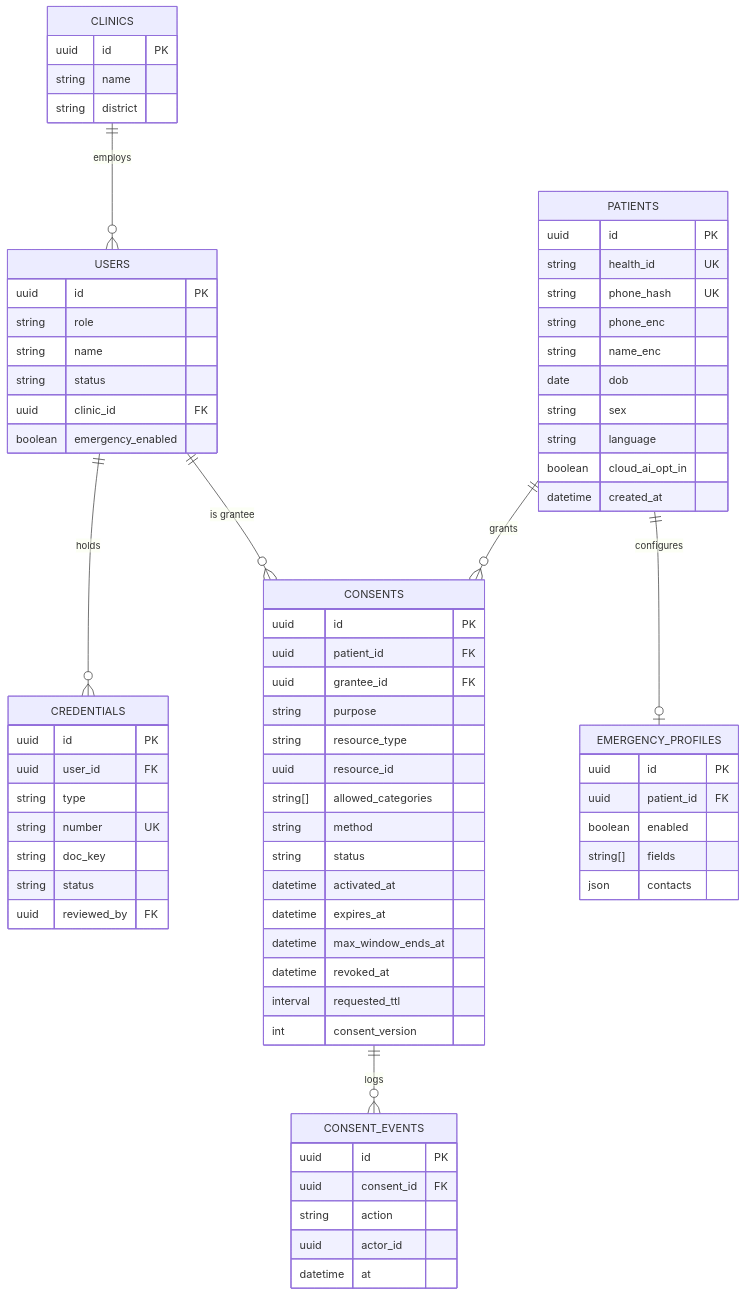
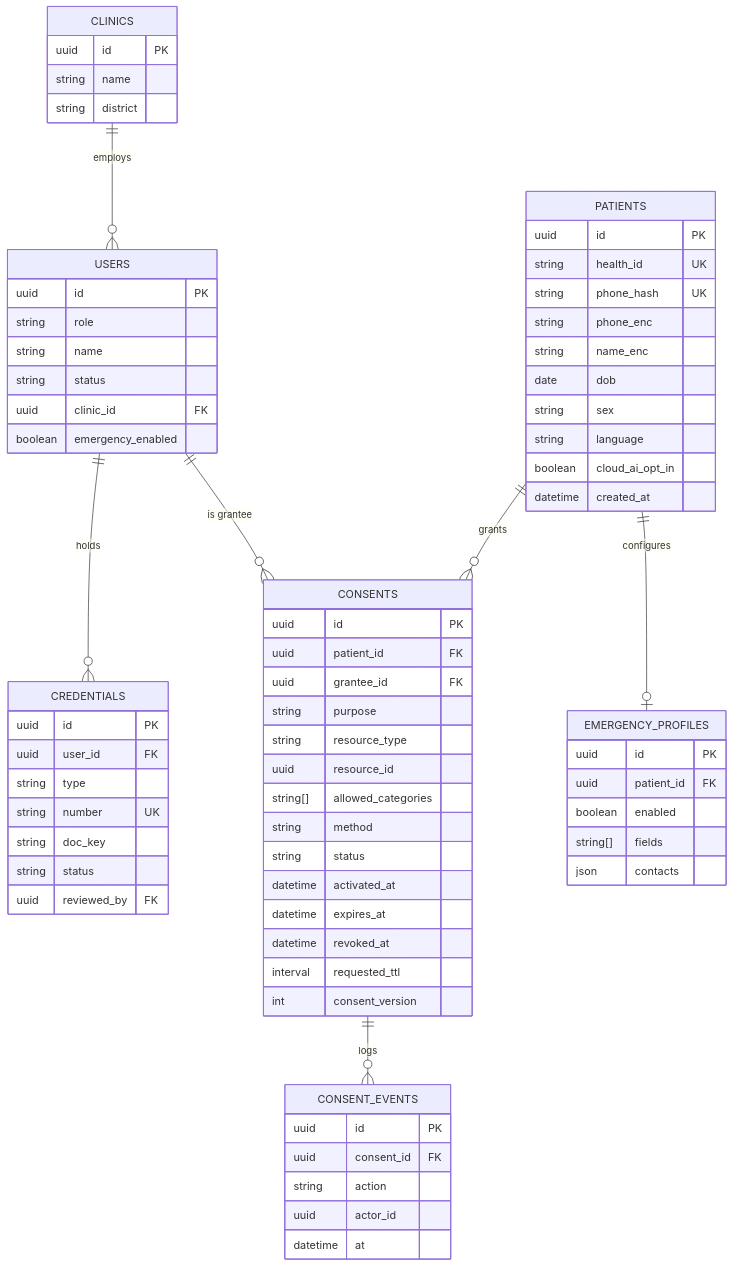
Diagram 20 of 26 in docs/FRD.md (sarwar-islam/swasthyoid), drawn with Mermaid before and after one commit. The commit also changed other lines of this file and 1 other file, not shown here.

````diff
--- a/docs/FRD.md
+++ b/docs/FRD.md
@@ -931,75 +718,74 @@
 ```mermaid
 erDiagram
     CLINICS ||--o{ USERS : employs
     USERS ||--o{ CREDENTIALS : holds
     PATIENTS ||--o{ CONSENTS : grants
     USERS ||--o{ CONSENTS : "is grantee"
     CONSENTS ||--o{ CONSENT_EVENTS : logs
     PATIENTS ||--o| EMERGENCY_PROFILES : configures
 
     CLINICS {
         uuid id PK
         string name
         string district
     }
     PATIENTS {
         uuid id PK
         string health_id UK
         string phone_hash UK
         string phone_enc
         string name_enc
         date dob
         string sex
         string language
         boolean cloud_ai_opt_in
         datetime created_at
     }
     USERS {
         uuid id PK
         string role
         string name
         string status
         uuid clinic_id FK
         boolean emergency_enabled
     }
     CREDENTIALS {
         uuid id PK
         uuid user_id FK
         string type
         string number UK
         string doc_key
         string status
         uuid reviewed_by FK
     }
     CONSENTS {
         uuid id PK
         uuid patient_id FK
         uuid grantee_id FK
         string purpose
         string resource_type
         uuid resource_id
         string[] allowed_categories
         string method
         string status
         datetime activated_at
         datetime expires_at
-        datetime max_window_ends_at
         datetime revoked_at
         interval requested_ttl
         int consent_version
     }
     CONSENT_EVENTS {
         uuid id PK
         uuid consent_id FK
         string action
         uuid actor_id
         datetime at
     }
     EMERGENCY_PROFILES {
         uuid id PK
         uuid patient_id FK
         boolean enabled
         string[] fields
         json contacts
     }
 ```
````
